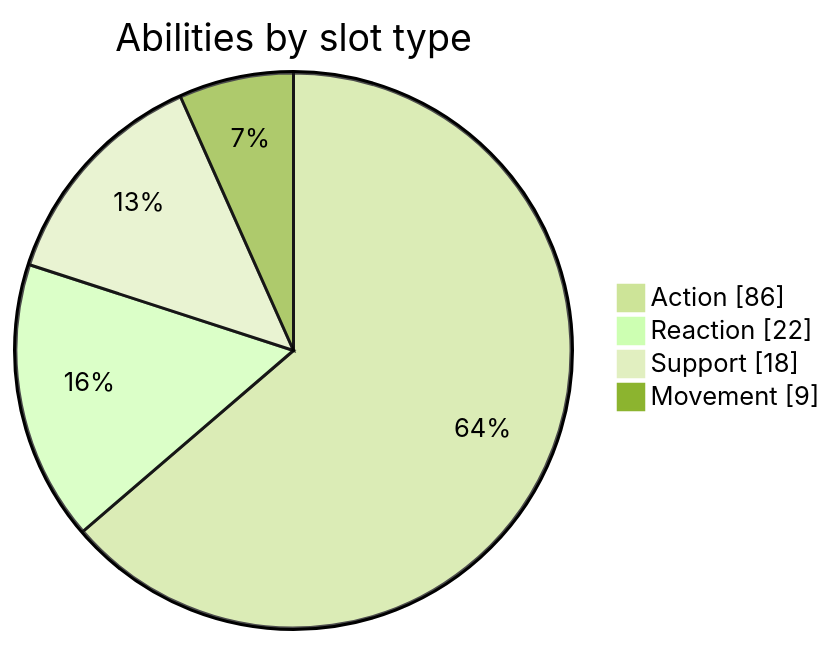
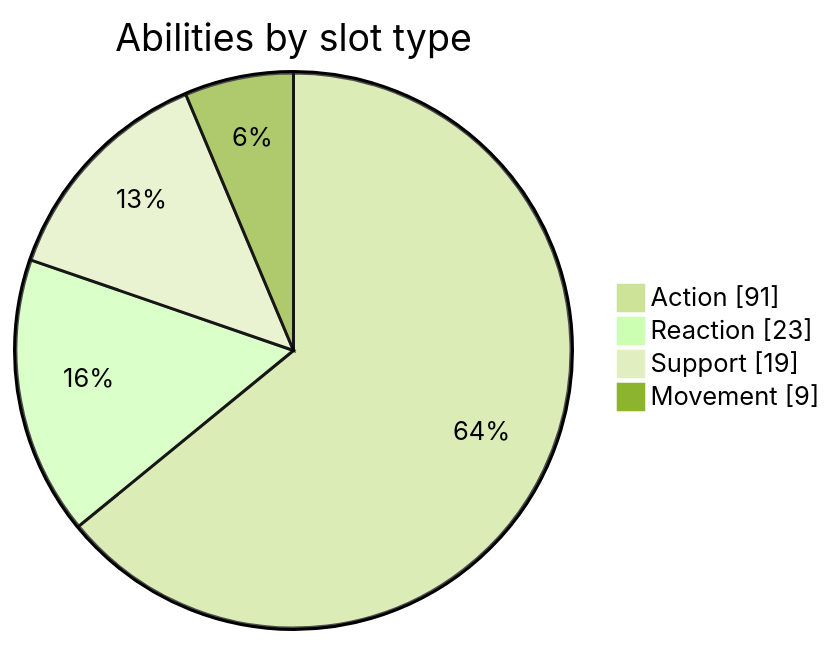
The second of 4 diagrams in docs/CONTENT_REFERENCE.md (CptNope/Chess-RPG-Tactics), drawn with Mermaid (forest theme) before and after one commit. The commit also changed other lines of this file and 30 other files, not shown here.

````diff
--- a/docs/CONTENT_REFERENCE.md
+++ b/docs/CONTENT_REFERENCE.md
@@ -146,7 +150,7 @@
 ```mermaid
 pie showData title Abilities by slot type
-  "Action" : 86
-  "Reaction" : 22
-  "Support" : 18
+  "Action" : 91
+  "Reaction" : 23
+  "Support" : 19
   "Movement" : 9
 ```
````
